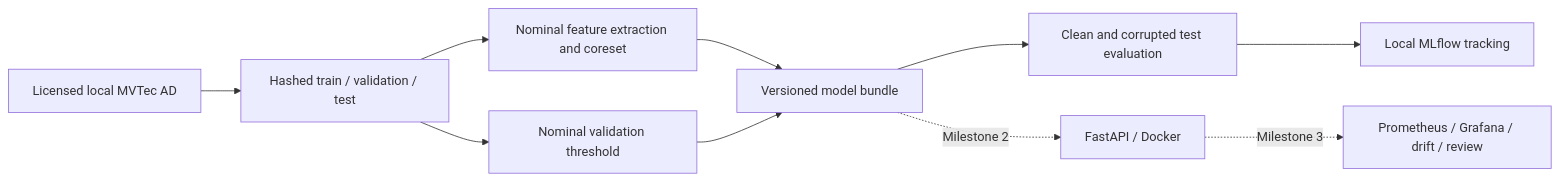
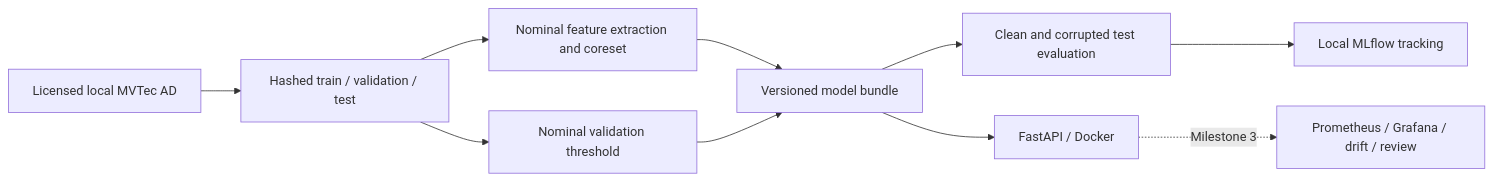
The diagram in README.md (palonso-v/reliable-vision), drawn with Mermaid before and after one commit. The commit also changed other lines of this file and 26 other files, not shown here.

Commit message:
Implement milestone 2 CPU FastAPI serving and reproducible Docker packaging

````diff
--- a/README.md
+++ b/README.md
@@ -81,12 +82,12 @@
 ```mermaid
 flowchart LR
     Data[Licensed local MVTec AD] --> Split[Hashed train / validation / test]
     Split --> Train[Nominal feature extraction and coreset]
     Train --> Bank[Versioned model bundle]
     Split --> Val[Nominal validation threshold]
     Val --> Bank
     Bank --> Eval[Clean and corrupted test evaluation]
     Eval --> MLflow[Local MLflow tracking]
-    Bank -. Milestone 2 .-> API[FastAPI / Docker]
+    Bank --> API[FastAPI / Docker]
     API -. Milestone 3 .-> Monitor[Prometheus / Grafana / drift / review]
 ```
````
